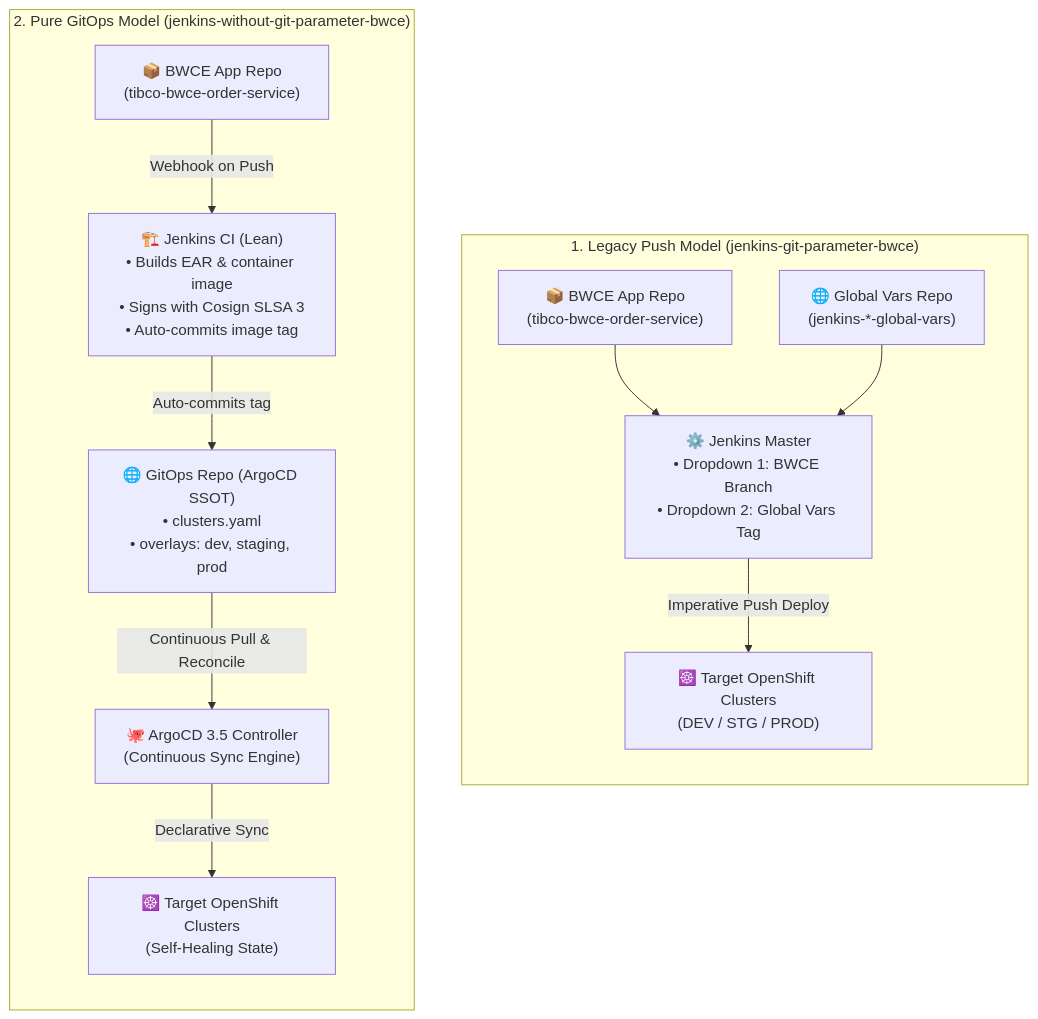
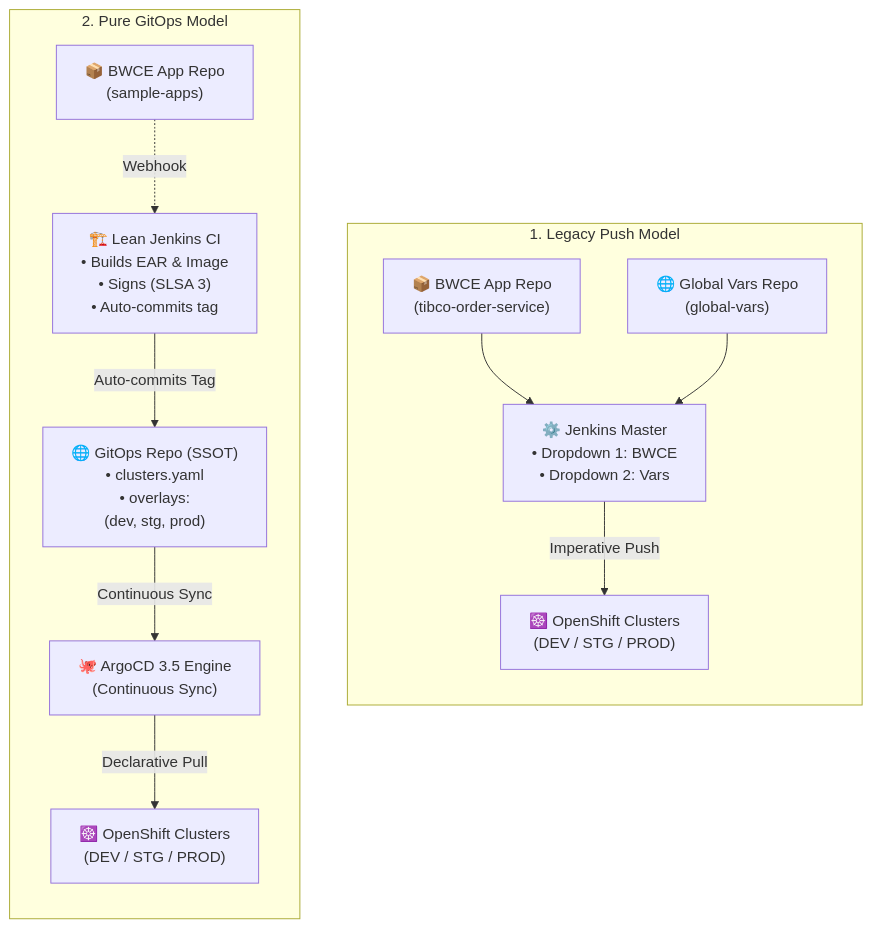
One commit to nubenetes/jenkins-without-git-parameter-bwce changed the sixth of 15 diagrams in README.md. Above: the diagram before and after it, drawn with Mermaid. The commit also changed other lines of this file, not shown here.

Commit message:
fix(mermaid): enforce hard 20-char line limit on all diagram nodes to permanently prevent text clipping on GitHub

````diff
--- a/README.md
+++ b/README.md
@@ -518,28 +517,28 @@
 ```mermaid
 flowchart TB
-    subgraph LegacyModel["1. Legacy Push Model (jenkins-git-parameter-bwce)"]
+    subgraph LegacyModel["1. Legacy Push Model"]
         direction TB
-        AppRepo1["📦 BWCE App Repo<br/>(tibco-bwce-order-service)"]
-        GlobalVars1["🌐 Global Vars Repo<br/>(jenkins-*-global-vars)"]
-        Jenkins1["⚙️ Jenkins Master<br/>• Dropdown 1: BWCE Branch<br/>• Dropdown 2: Global Vars Tag"]
-        Cluster1["☸️ Target OpenShift Clusters<br/>(DEV / STG / PROD)"]
+        AppRepo1["📦 BWCE App Repo<br/>(tibco-order-service)"]
+        GlobalVars1["🌐 Global Vars Repo<br/>(global-vars)"]
+        Jenkins1["⚙️ Jenkins Master<br/>• Dropdown 1: BWCE<br/>• Dropdown 2: Vars"]
+        Cluster1["☸️ OpenShift Clusters<br/>(DEV / STG / PROD)"]
 
         AppRepo1 --> Jenkins1
         GlobalVars1 --> Jenkins1
-        Jenkins1 -->|"Imperative Push Deploy"| Cluster1
+        Jenkins1 -->|"Imperative Push"| Cluster1
     end
 
-    subgraph GitOpsModel["2. Pure GitOps Model (jenkins-without-git-parameter-bwce)"]
+    subgraph GitOpsModel["2. Pure GitOps Model"]
         direction TB
-        AppRepo2["📦 BWCE App Repo<br/>(tibco-bwce-order-service)"]
-        Jenkins2["🏗️ Jenkins CI (Lean)<br/>• Builds EAR & container image<br/>• Signs with Cosign SLSA 3<br/>• Auto-commits image tag"]
-        GitOpsRepo["🌐 GitOps Repo (ArgoCD SSOT)<br/>• clusters.yaml<br/>• overlays: dev, staging, prod"]
-        ArgoCD["🐙 ArgoCD 3.5 Controller<br/>(Continuous Sync Engine)"]
-        Cluster2["☸️ Target OpenShift Clusters<br/>(Self-Healing State)"]
+        AppRepo2["📦 BWCE App Repo<br/>(sample-apps)"]
+        Jenkins2["🏗️ Lean Jenkins CI<br/>• Builds EAR & Image<br/>• Signs (SLSA 3)<br/>• Auto-commits tag"]
+        GitOpsRepo["🌐 GitOps Repo (SSOT)<br/>• clusters.yaml<br/>• overlays:<br/>(dev, stg, prod)"]
+        ArgoCD["🐙 ArgoCD 3.5 Engine<br/>(Continuous Sync)"]
+        Cluster2["☸️ OpenShift Clusters<br/>(DEV / STG / PROD)"]
 
-        AppRepo2 -->|"Webhook on Push"| Jenkins2
-        Jenkins2 -->|"Auto-commits tag"| GitOpsRepo
-        GitOpsRepo -->|"Continuous Pull & Reconcile"| ArgoCD
-        ArgoCD -->|"Declarative Sync"| Cluster2
+        AppRepo2 -.->|"Webhook"| Jenkins2
+        Jenkins2 -->|"Auto-commits Tag"| GitOpsRepo
+        GitOpsRepo -->|"Continuous Sync"| ArgoCD
+        ArgoCD -->|"Declarative Pull"| Cluster2
     end
 ```
````
